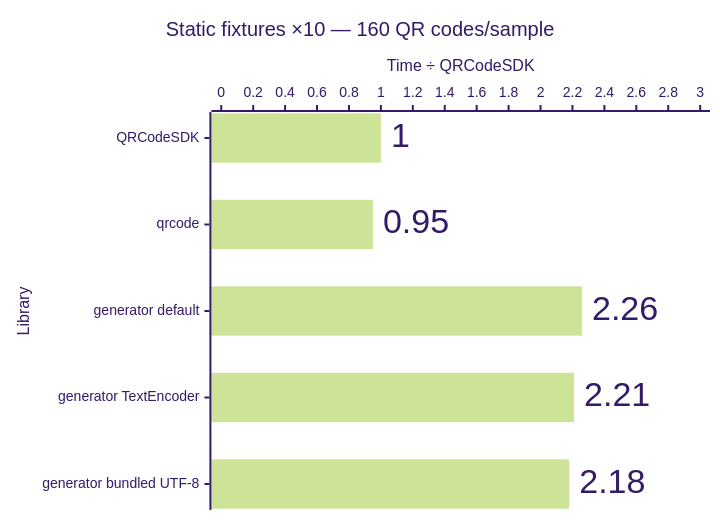
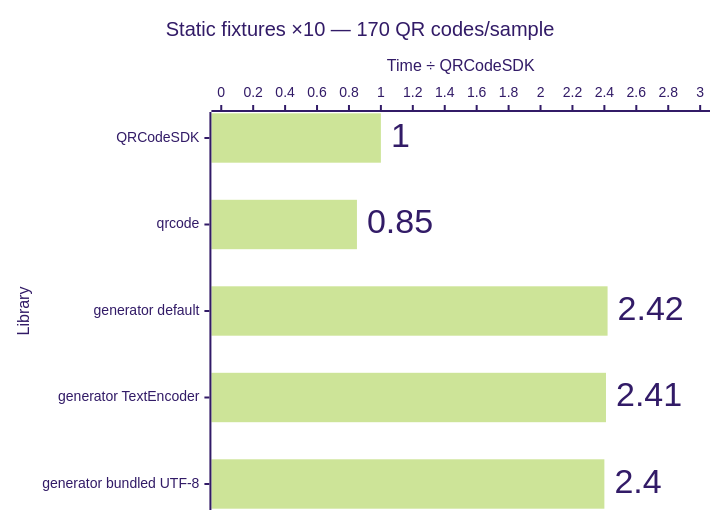
The ninth of 11 diagrams in apps/docs/src/content/docs/learn/performance.md (Dafnik/qrcodesdk), drawn with Mermaid (forest theme) before and after one commit. The commit also changed other lines of this file and 23 other files, not shown here.

````diff
--- a/apps/docs/src/content/docs/learn/performance.md
+++ b/apps/docs/src/content/docs/learn/performance.md
@@ -194,15 +209,15 @@
 ```mermaid
 ---
 config:
   xyChart:
     showDataLabel: true
     showDataLabelOutsideBar: true
 ---
 xychart horizontal
-  accTitle: SVG generation: Static fixtures ×10 — 160 QR codes/sample
-  accDescr: Relative median time compared with QRCodeSDK. QRCodeSDK 1.00 times, qrcode 0.95 times, generator default 2.26 times, generator TextEncoder 2.21 times, generator bundled UTF-8 2.18 times. Lower is better.
-  title "Static fixtures ×10 — 160 QR codes/sample"
+  accTitle: SVG generation: Static fixtures ×10 — 170 QR codes/sample
+  accDescr: Relative median time compared with QRCodeSDK. QRCodeSDK 1.00 times, qrcode 0.85 times, generator default 2.42 times, generator TextEncoder 2.41 times, generator bundled UTF-8 2.40 times. Lower is better.
+  title "Static fixtures ×10 — 170 QR codes/sample"
   x-axis "Library" ["QRCodeSDK", "qrcode", "generator default", "generator TextEncoder", "generator bundled UTF-8"]
   y-axis "Time ÷ QRCodeSDK" 0 --> 3.0
-  bar [1.00, 0.95, 2.26, 2.21, 2.18]
+  bar [1.00, 0.85, 2.42, 2.41, 2.40]
 ```
````
